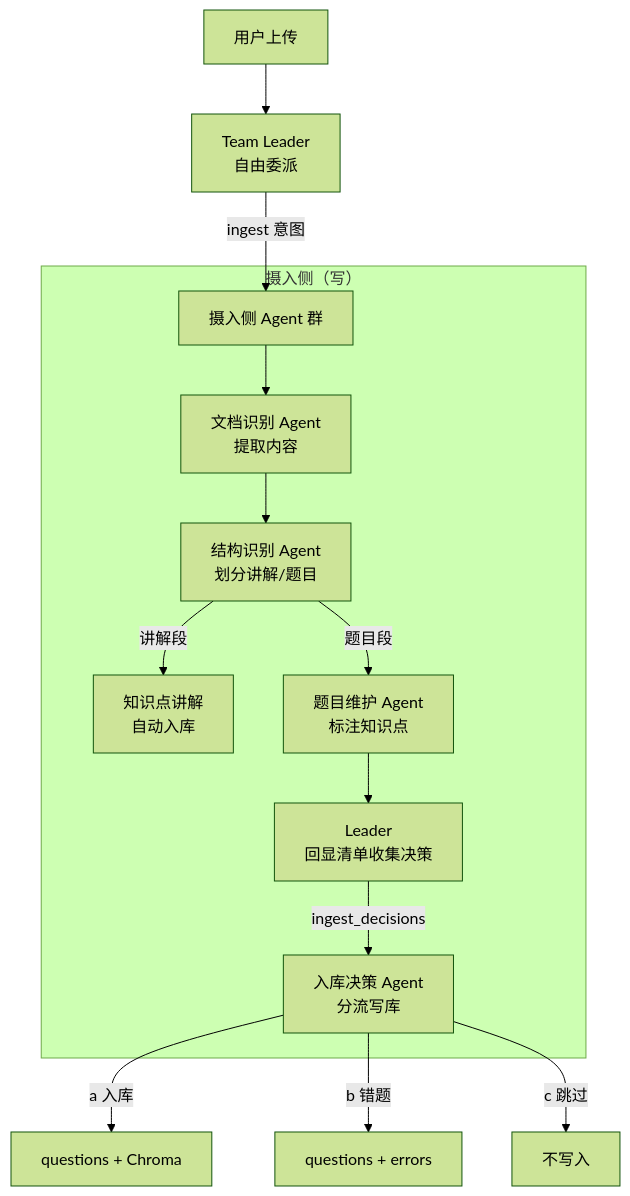
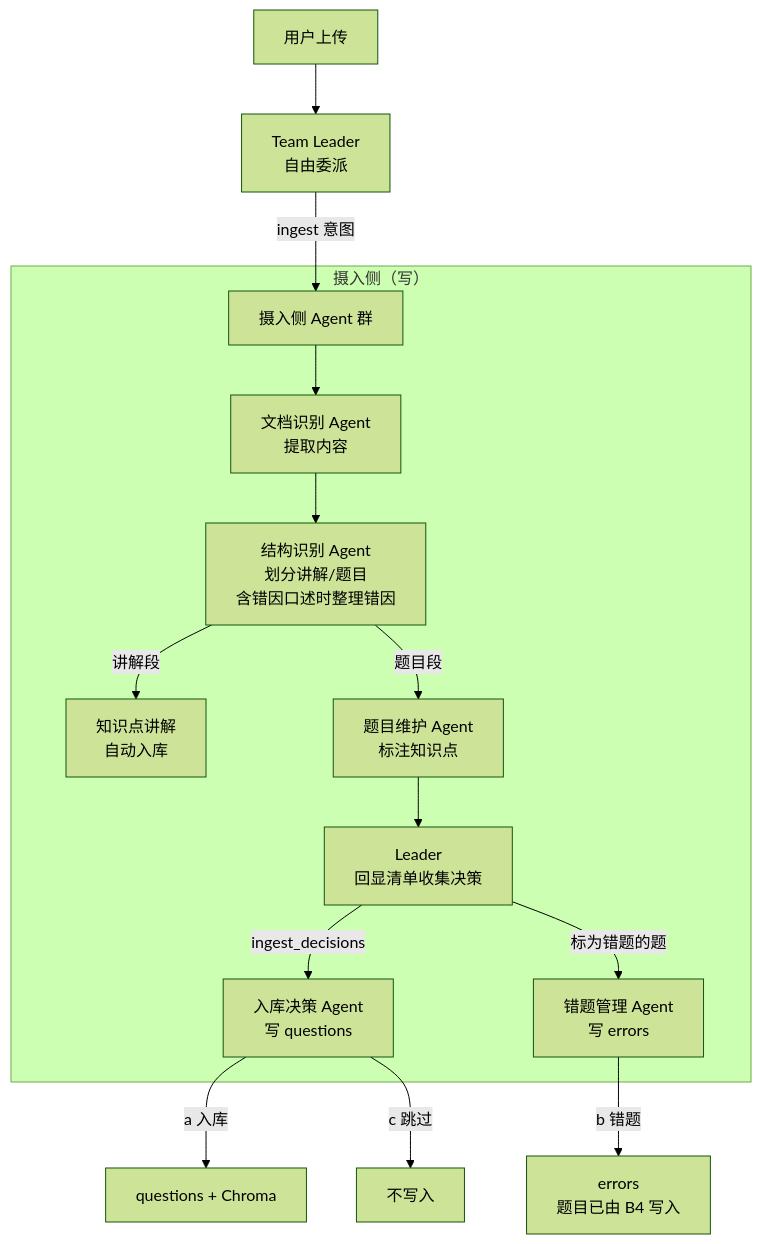
The first of 2 diagrams in docs/ingestion/README.md (ttzc/gaokao_rag), drawn with Mermaid (forest theme) before and after one commit. The commit also changed other lines of this file and 12 other files, not shown here.

First line of the commit message:
docs(errors): 错题本设计定稿——新增错题管理 Agent + 错因整理 Skill，errors 表精简

````diff
--- a/docs/ingestion/README.md
+++ b/docs/ingestion/README.md
@@ -19,19 +19,20 @@
 ```mermaid
 flowchart TD
     A[用户上传] --> L[Team Leader<br/>自由委派]
     
     L -->|ingest 意图| B[摄入侧 Agent 群]
     
     subgraph "摄入侧（写）"
         B --> B1[文档识别 Agent<br/>提取内容]
-        B1 --> B2[结构识别 Agent<br/>划分讲解/题目]
+        B1 --> B2[结构识别 Agent<br/>划分讲解/题目<br/>含错因口述时整理错因]
         B2 -->|讲解段| B2a[知识点讲解<br/>自动入库]
         B2 -->|题目段| B3[题目维护 Agent<br/>标注知识点]
         B3 --> L2[Leader<br/>回显清单收集决策]
-        L2 -->|ingest_decisions| B4[入库决策 Agent<br/>分流写库]
+        L2 -->|ingest_decisions| B4[入库决策 Agent<br/>写 questions]
+        L2 -->|标为错题的题| B5[错题管理 Agent<br/>写 errors]
     end
     
     B4 -->|a 入库| C[questions + Chroma]
-    B4 -->|b 错题| D[questions + errors]
+    B5 -->|b 错题| D[errors<br/>题目已由 B4 写入]
     B4 -->|c 跳过| E[不写入]
 ```
````
